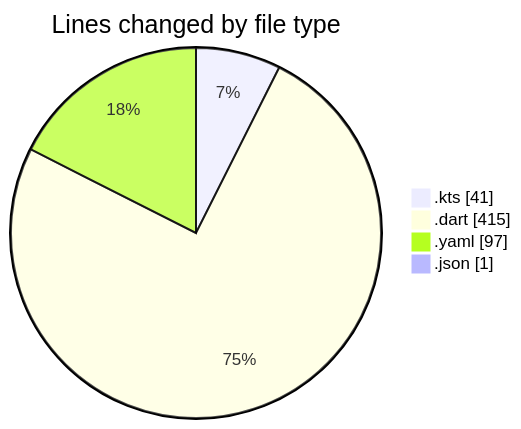
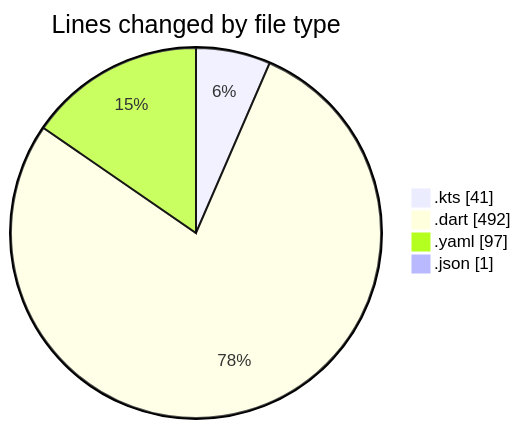
One commit to donsfak/code-tracking changed the first of 2 diagrams in 2025-10-20/weather_insights_app/README.md. Above: the diagram before and after it, drawn with Mermaid. The commit also changed other lines of this file and 1 other file, not shown here.

````diff
--- a/2025-10-20/weather_insights_app/README.md
+++ b/2025-10-20/weather_insights_app/README.md
@@ -26,8 +26,8 @@
 ```mermaid
 pie showData
 title Lines changed by file type
 ".kts" : 41
-".dart" : 415
+".dart" : 492
 ".yaml" : 97
 ".json" : 1
 ```
````
